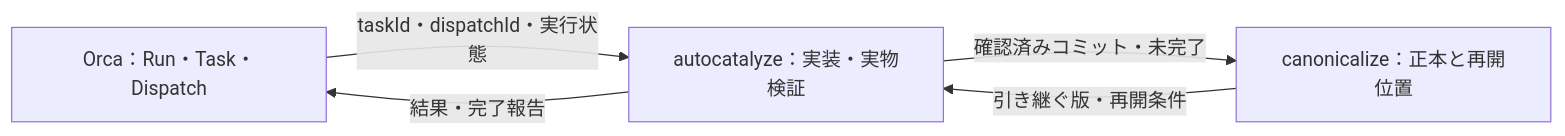
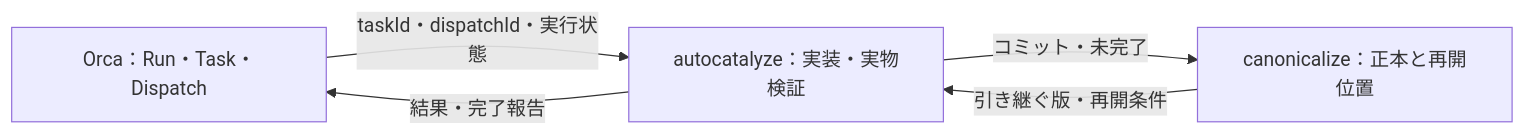
One commit to KAFKA2306/kafstyler changed the second of 4 diagrams in bibles/agents-and-orca.md. Above: the diagram before and after it, drawn with Mermaid. The commit also changed other lines of this file and 7 other files, not shown here.

````diff
--- a/bibles/agents-and-orca.md
+++ b/bibles/agents-and-orca.md
@@ -146,7 +146,7 @@
 ```mermaid
 flowchart LR
     O["Orca：Run・Task・Dispatch"] -->|"taskId・dispatchId・実行状態"| A["autocatalyze：実装・実物検証"]
-    A -->|"確認済みコミット・未完了"| C["canonicalize：正本と再開位置"]
+    A -->|"コミット・未完了"| C["canonicalize：正本と再開位置"]
     C -->|"引き継ぐ版・再開条件"| A
     A -->|"結果・完了報告"| O
 ```
````
